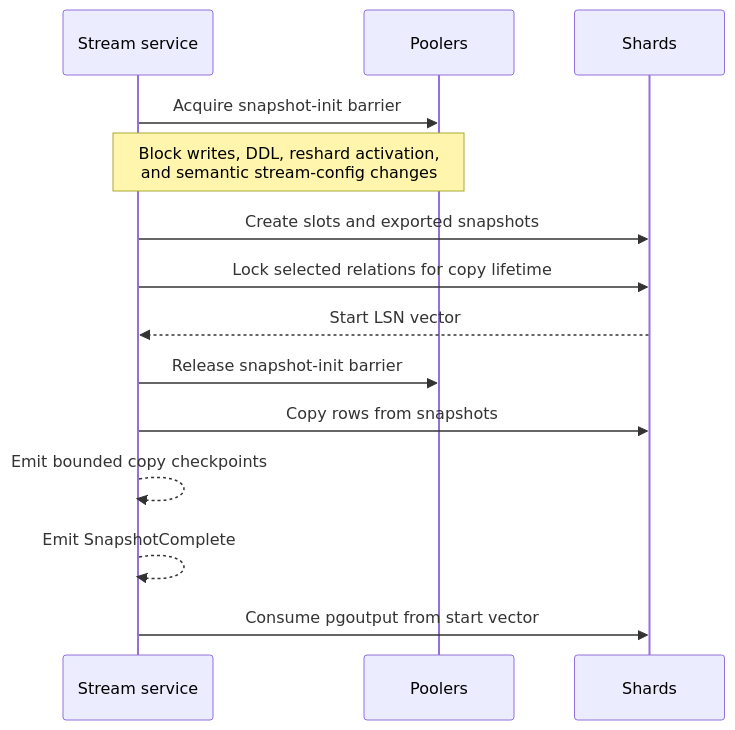
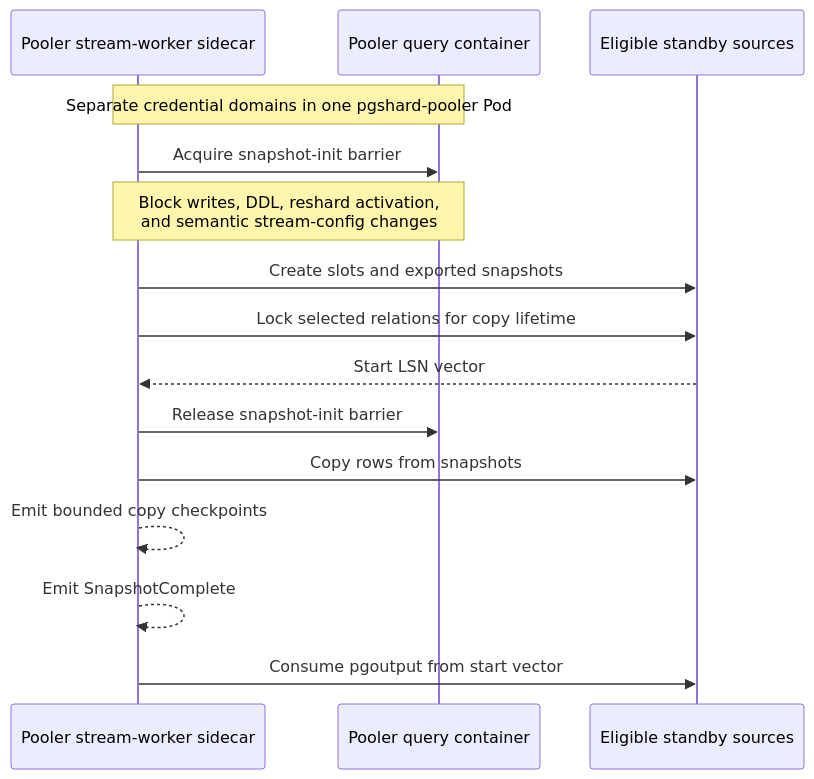
Before and after one commit to andrew01234567890/pgshard: the diagram in website/docs/concepts/change-streams.md, drawn with Mermaid. The commit also changed other lines of this file and 9 other files, not shown here.

First line of the commit message:
docs(architecture): embed streams in pooler (#65)

````diff
--- a/website/docs/concepts/change-streams.md
+++ b/website/docs/concepts/change-streams.md
@@ -665,16 +787,17 @@
 ```mermaid
 sequenceDiagram
-  participant G as Stream service
-  participant P as Poolers
-  participant S as Shards
+  participant G as Pooler stream-worker sidecar
+  participant P as Pooler query container
+  participant S as Eligible standby sources
+  Note over G,P: Separate credential domains in one pgshard-pooler Pod
   G->>P: Acquire snapshot-init barrier
   Note over P,G: Block writes, DDL, reshard activation,<br/>and semantic stream-config changes
   G->>S: Create slots and exported snapshots
   G->>S: Lock selected relations for copy lifetime
   S-->>G: Start LSN vector
   G->>P: Release snapshot-init barrier
   G->>S: Copy rows from snapshots
   G-->>G: Emit bounded copy checkpoints
   G-->>G: Emit SnapshotComplete
   G->>S: Consume pgoutput from start vector
 ```
````
